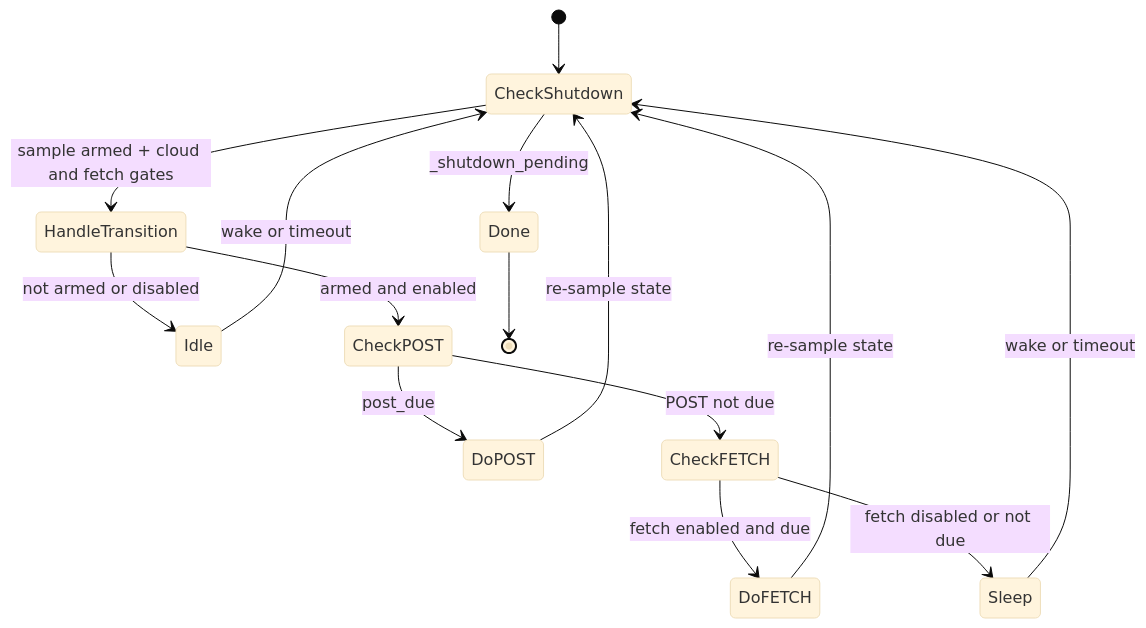
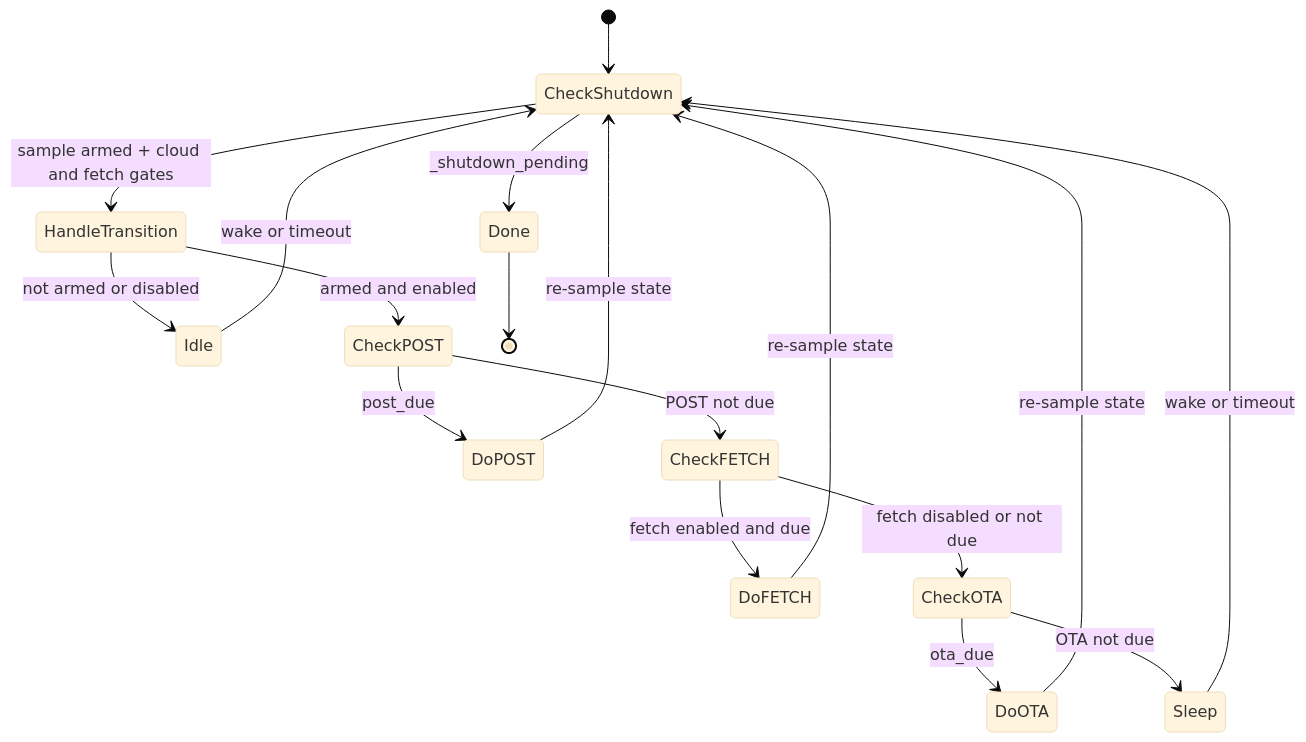
The diagram in products/go/docs/cloud_service.md (Matrikss/firmware-core), drawn with Mermaid (base theme) before and after one commit. The commit also changed other lines of this file and 5 other files, not shown here.

````diff
--- a/products/go/docs/cloud_service.md
+++ b/products/go/docs/cloud_service.md
@@ -84,17 +86,20 @@
 ```mermaid
 stateDiagram-v2
     [*] --> CheckShutdown
     CheckShutdown --> Done: _shutdown_pending
     CheckShutdown --> HandleTransition: sample armed + cloud and fetch gates
     HandleTransition --> Idle: not armed or disabled
     HandleTransition --> CheckPOST: armed and enabled
     CheckPOST --> DoPOST: post_due
     CheckPOST --> CheckFETCH: POST not due
     DoPOST --> CheckShutdown: re-sample state
     CheckFETCH --> DoFETCH: fetch enabled and due
-    CheckFETCH --> Sleep: fetch disabled or not due
+    CheckFETCH --> CheckOTA: fetch disabled or not due
     DoFETCH --> CheckShutdown: re-sample state
+    CheckOTA --> DoOTA: ota_due
+    CheckOTA --> Sleep: OTA not due
+    DoOTA --> CheckShutdown: re-sample state
     Idle --> CheckShutdown: wake or timeout
     Sleep --> CheckShutdown: wake or timeout
     Done --> [*]
 ```
````
